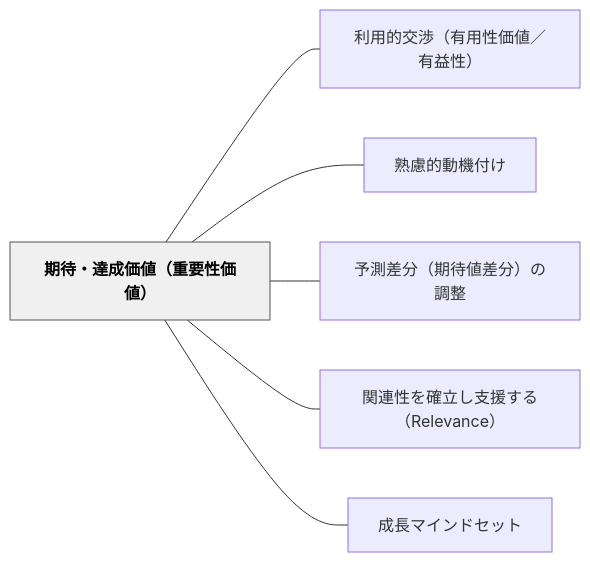
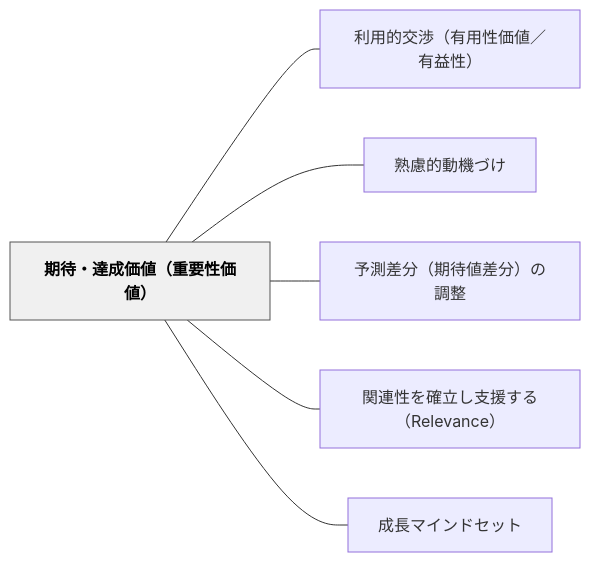
One commit to unknownthings-ed-patterns/unknownthings-ed-patterns changed the diagram in content/パタン/期待・達成価値（重要性価値）.md. Above: the diagram before and after it, drawn with Mermaid. The commit also changed other lines of this file and 234 other files, not shown here.

````diff
--- a/content/パタン/期待・達成価値（重要性価値）.md
+++ b/content/パタン/期待・達成価値（重要性価値）.md
@@ -37,18 +37,18 @@
 ```mermaid
 flowchart LR
     ne69c9fe5be85e383bbe98194e68890e4bea1e580a4efbc88e9878de8a681e680a7e4bea1e580a4efbc89["期待・達成価値（重要性価値）"]
     ne588a9e794a8e79a84e4baa4e6b889efbc88e69c89e794a8e680a7e4bea1e580a4efbc8fe69c89e79b8ae680a7efbc89["利用的交渉（有用性価値／有益性）"]
-    ne7869fe685aee79a84e58b95e6a99fe4bb98e38191["熟慮的動機付け"]
+    ne7869fe685aee79a84e58b95e6a99fe381a5e38191["熟慮的動機づけ"]
     ne4ba88e6b8ace5b7aee58886efbc88e69c9fe5be85e580a4e5b7aee58886efbc89e381aee8aabfe695b4["予測差分（期待値差分）の調整"]
     ne996a2e980a3e680a7e38292e7a2bae7ab8be38197e694afe68fb4e38199e3828befbc8852656c6576616e6365efbc89["関連性を確立し支援する（Relevance）"]
     ne68890e995b7e3839ee382a4e383b3e38389e382bbe38383e38388["成長マインドセット"]
 
     ne69c9fe5be85e383bbe98194e68890e4bea1e580a4efbc88e9878de8a681e680a7e4bea1e580a4efbc89 --- ne588a9e794a8e79a84e4baa4e6b889efbc88e69c89e794a8e680a7e4bea1e580a4efbc8fe69c89e79b8ae680a7efbc89
-    ne69c9fe5be85e383bbe98194e68890e4bea1e580a4efbc88e9878de8a681e680a7e4bea1e580a4efbc89 --- ne7869fe685aee79a84e58b95e6a99fe4bb98e38191
+    ne69c9fe5be85e383bbe98194e68890e4bea1e580a4efbc88e9878de8a681e680a7e4bea1e580a4efbc89 --- ne7869fe685aee79a84e58b95e6a99fe381a5e38191
     ne69c9fe5be85e383bbe98194e68890e4bea1e580a4efbc88e9878de8a681e680a7e4bea1e580a4efbc89 --- ne4ba88e6b8ace5b7aee58886efbc88e69c9fe5be85e580a4e5b7aee58886efbc89e381aee8aabfe695b4
     ne69c9fe5be85e383bbe98194e68890e4bea1e580a4efbc88e9878de8a681e680a7e4bea1e580a4efbc89 --- ne996a2e980a3e680a7e38292e7a2bae7ab8be38197e694afe68fb4e38199e3828befbc8852656c6576616e6365efbc89
     ne69c9fe5be85e383bbe98194e68890e4bea1e580a4efbc88e9878de8a681e680a7e4bea1e580a4efbc89 --- ne68890e995b7e3839ee382a4e383b3e38389e382bbe38383e38388
 
     classDef hub fill:#f0f0f0,stroke:#555,color:#000,font-weight:bold
     class ne69c9fe5be85e383bbe98194e68890e4bea1e580a4efbc88e9878de8a681e680a7e4bea1e580a4efbc89 hub
 ```
````
